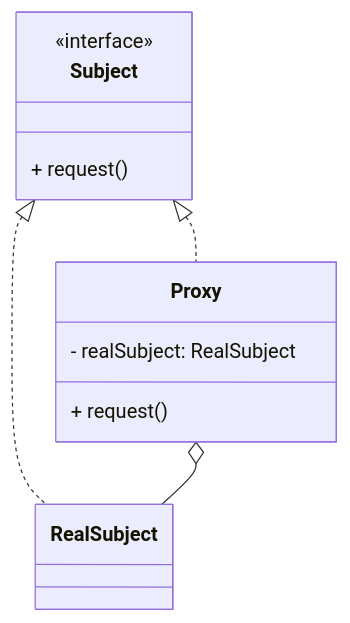
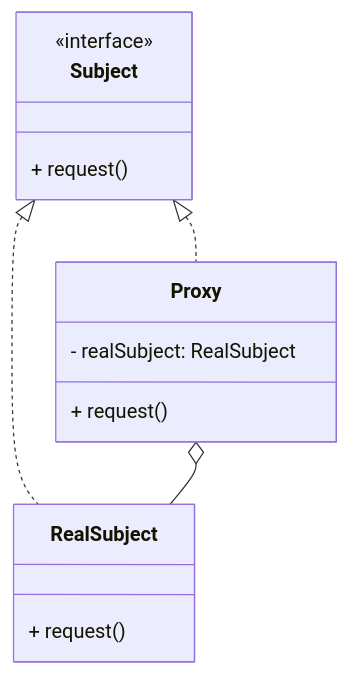
The diagram in 设计模式/结构型/代理模式.md (tghrxxxyyy/knowledge-base), drawn with Mermaid before and after one commit. The commit also changed other lines of this file and 101 other files, not shown here.

````diff
--- a/设计模式/结构型/代理模式.md
+++ b/设计模式/结构型/代理模式.md
@@ -10,15 +13,17 @@
 ```mermaid
 classDiagram
     class Subject {
         <<interface>>
         + request()
     }
-    class RealSubject
+    class RealSubject {
+        + request()
+    }
     class Proxy {
         - realSubject: RealSubject
         + request()
     }
     Subject <|.. RealSubject
     Subject <|.. Proxy
     Proxy o-- RealSubject
 ```
````
